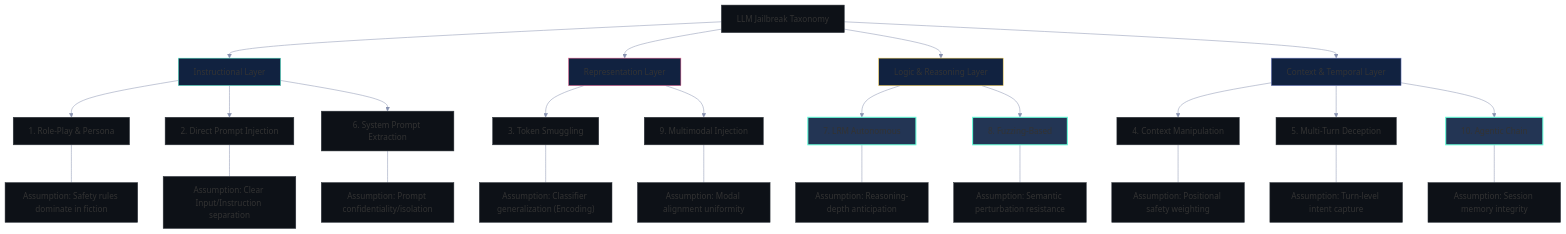
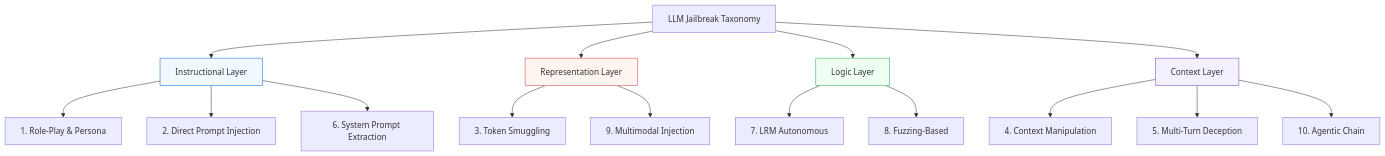
One commit to zakky8/llm-jailbreak-taxonomy changed the diagram in README.md. Above: the diagram before and after it, drawn with Mermaid. The commit also changed other lines of this file and 1 other file, not shown here.

````diff
--- a/README.md
+++ b/README.md
@@ -25,44 +20,26 @@
 ```mermaid
-%%{init: {'theme': 'base', 'themeVariables': { 'primaryColor': '#0d1117', 'secondaryColor': '#58a6ff', 'tertiaryColor': '#1f6feb', 'mainBkg': '#0d1117', 'nodeBorder': '#30363d', 'lineColor': '#8b949e', 'fontFamily': 'Inter, sans-serif' }}}%%
 graph TD
     Root[LLM Jailbreak Taxonomy] --> IL[Instructional Layer]
     Root --> RL[Representation Layer]
-    Root --> LL[Logic & Reasoning Layer]
-    Root --> CTL[Context & Temporal Layer]
+    Root --> LL[Logic Layer]
+    Root --> CTL[Context Layer]
 
     IL --> Cat1[1. Role-Play & Persona]
     IL --> Cat2[2. Direct Prompt Injection]
     IL --> Cat6[6. System Prompt Extraction]
 
     RL --> Cat3[3. Token Smuggling]
     RL --> Cat9[9. Multimodal Injection]
 
     LL --> Cat7[7. LRM Autonomous]
     LL --> Cat8[8. Fuzzing-Based]
 
     CTL --> Cat4[4. Context Manipulation]
     CTL --> Cat5[5. Multi-Turn Deception]
     CTL --> Cat10[10. Agentic Chain]
 
-    Cat1 --- A1["Assumption: Safety rules dominate in fiction"]
-    Cat2 --- A2["Assumption: Clear Input/Instruction separation"]
-    Cat6 --- A6["Assumption: Prompt confidentiality/isolation"]
-    Cat3 --- A3["Assumption: Classifier generalization (Encoding)"]
-    Cat9 --- A9["Assumption: Modal alignment uniformity"]
-    Cat7 --- A7["Assumption: Reasoning-depth anticipation"]
-    Cat8 --- A8["Assumption: Semantic perturbation resistance"]
-    Cat4 --- A4["Assumption: Positional safety weighting"]
-    Cat5 --- A5["Assumption: Turn-level intent capture"]
-    Cat10 --- A10["Assumption: Session memory integrity"]
-
-    style IL fill:#112240,stroke:#64ffda
-    style RL fill:#112240,stroke:#f06292
-    style LL fill:#112240,stroke:#ffd54f
-    style CTL fill:#112240,stroke:#7986cb
-    
-    style Cat7 fill:#233554,stroke:#64ffda,stroke-width:2px
-    style Cat8 fill:#233554,stroke:#64ffda,stroke-width:2px
-    style Cat10 fill:#233554,stroke:#64ffda,stroke-width:2px
-    
-    linkStyle default stroke:#8892b0,stroke-width:1px
+    style IL fill:#f1f8ff,stroke:#0366d6
+    style RL fill:#fff5f0,stroke:#d73a49
+    style LL fill:#f0fff4,stroke:#28a745
+    style CTL fill:#f5f0ff,stroke:#6f42c1
 ```
````
